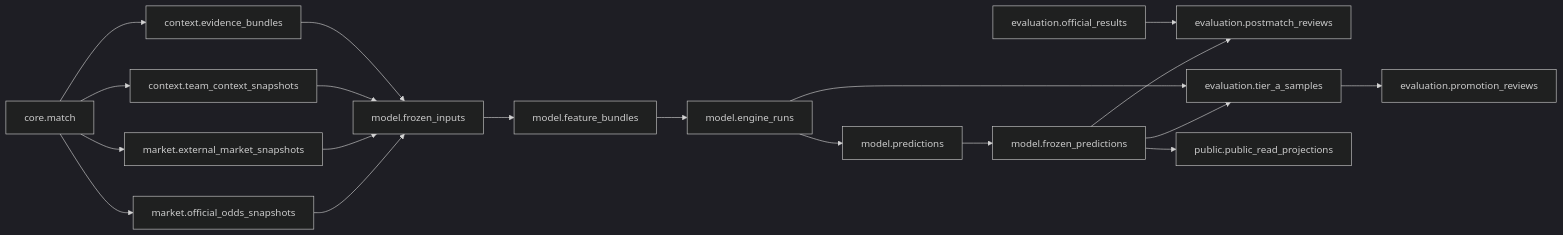
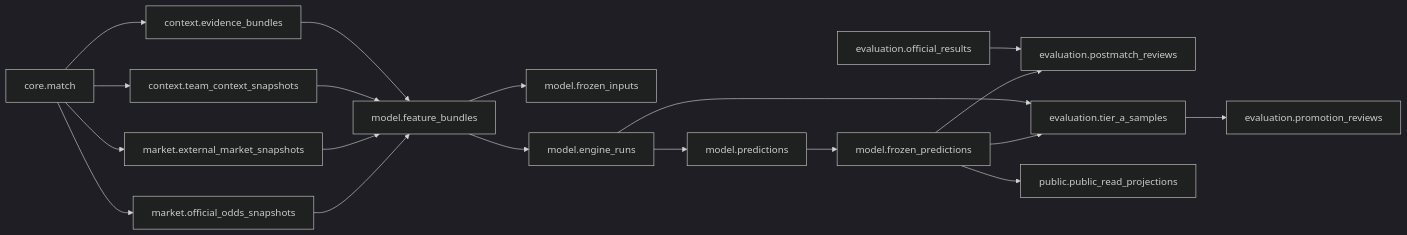
The diagram in docs/V4_DATABASE_SCHEMA_BLUEPRINT.md (sxh147og09/jcfb-v4), drawn with Mermaid (dark theme) before and after one commit. The commit also changed other lines of this file and 22 other files, not shown here.

````diff
--- a/docs/V4_DATABASE_SCHEMA_BLUEPRINT.md
+++ b/docs/V4_DATABASE_SCHEMA_BLUEPRINT.md
@@ -66,21 +66,21 @@
 ```mermaid
 flowchart LR
     C[core.match] --> O[market.official_odds_snapshots]
     C --> X[market.external_market_snapshots]
     C --> T[context.team_context_snapshots]
     C --> E[context.evidence_bundles]
-    O --> FI[model.frozen_inputs]
-    X --> FI
-    T --> FI
-    E --> FI
-    FI --> FB[model.feature_bundles]
+    O --> FB[model.feature_bundles]
+    X --> FB
+    T --> FB
+    E --> FB
+    FB --> FI[model.frozen_inputs]
     FB --> ER[model.engine_runs]
     ER --> P[model.predictions]
     P --> FP[model.frozen_predictions]
     FP --> RV[evaluation.postmatch_reviews]
     R[evaluation.official_results] --> RV
     FP --> TA[evaluation.tier_a_samples]
     ER --> TA
     TA --> PR[evaluation.promotion_reviews]
     FP --> PUB[public.public_read_projections]
 ```
````
